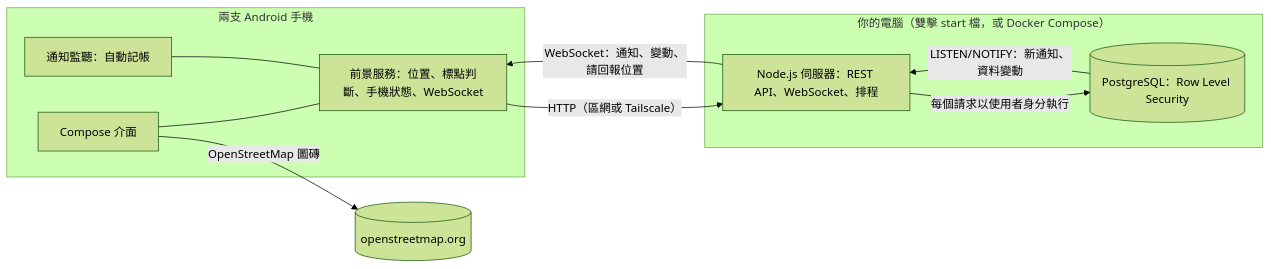
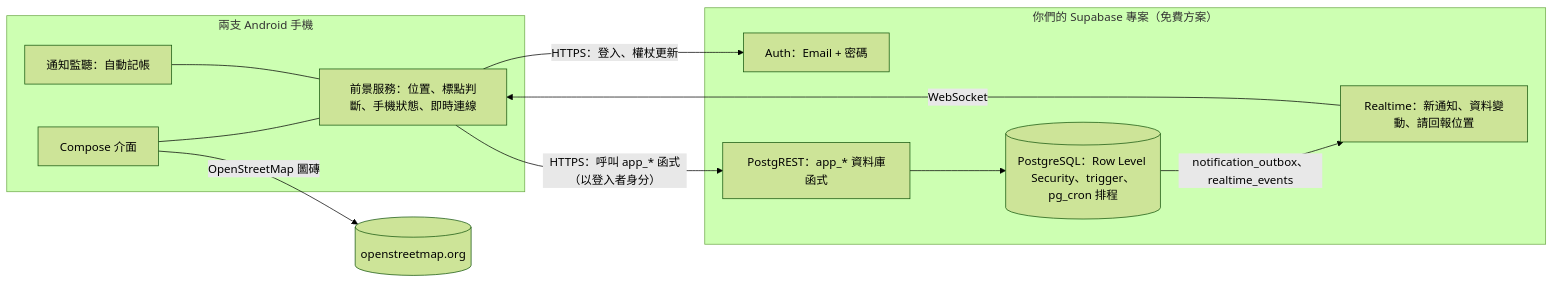
Before and after one commit to FalseEnd/Claude: the diagram in docs/DESIGN.md, drawn with Mermaid (forest theme). The commit also changed other lines of this file and 77 other files, not shown here.

````diff
--- a/docs/DESIGN.md
+++ b/docs/DESIGN.md
@@ -199,16 +199,19 @@
 ```mermaid
 flowchart LR
   subgraph Phones["兩支 Android 手機"]
-    UI[Compose 介面] --- SVC[前景服務：位置、標點判斷、手機狀態、WebSocket]
+    UI[Compose 介面] --- SVC[前景服務：位置、標點判斷、手機狀態、即時連線]
     NL[通知監聽：自動記帳] --- SVC
   end
-  subgraph PC["你的電腦（雙擊 start 檔，或 Docker Compose）"]
-    API[Node.js 伺服器：REST API、WebSocket、排程]
-    DB[(PostgreSQL：Row Level Security)]
+  subgraph SB["你們的 Supabase 專案（免費方案）"]
+    AUTH[Auth：Email + 密碼]
+    API[PostgREST：app_* 資料庫函式]
+    DB[(PostgreSQL：Row Level Security、trigger、pg_cron 排程)]
+    RT[Realtime：新通知、資料變動、請回報位置]
   end
-  SVC -- HTTP（區網或 Tailscale） --> API
-  API -- 每個請求以使用者身分執行 --> DB
-  DB -- LISTEN/NOTIFY：新通知、資料變動 --> API
-  API -- WebSocket：通知、變動、請回報位置 --> SVC
+  SVC -- HTTPS：登入、權杖更新 --> AUTH
+  SVC -- HTTPS：呼叫 app_* 函式（以登入者身分） --> API
+  API --> DB
+  DB -- notification_outbox、realtime_events --> RT
+  RT -- WebSocket --> SVC
   UI -- OpenStreetMap 圖磚 --> OSM[(openstreetmap.org)]
 ```
````
